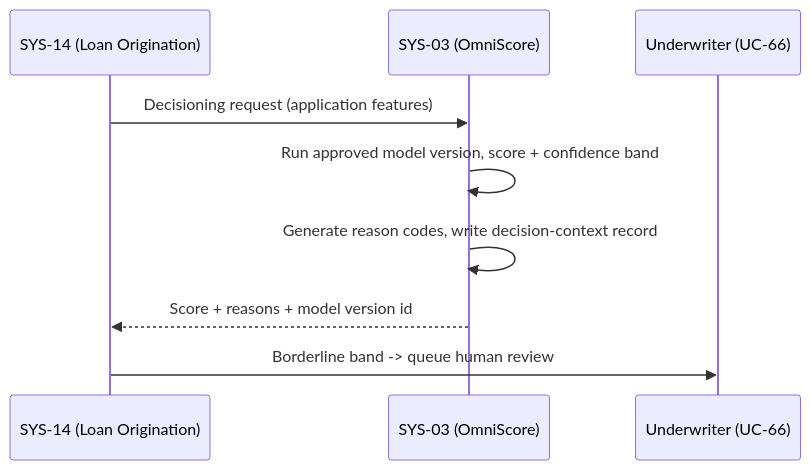
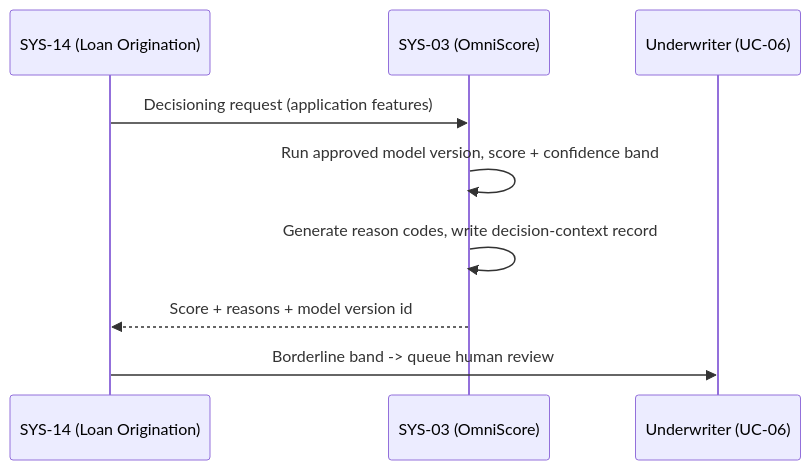
The fourth of 33 diagrams in 02_CASES/Case_03_OmniBank_Financial/03_PHASE3_DECOMPOSITION/annexes/B_Sequence_Diagrams.md (pauloribeiro16/Methodology_compact), drawn with Mermaid before and after one commit. The commit also changed other lines of this file and 23 other files, not shown here.

````diff
--- a/02_CASES/Case_03_OmniBank_Financial/03_PHASE3_DECOMPOSITION/annexes/B_Sequence_Diagrams.md
+++ b/02_CASES/Case_03_OmniBank_Financial/03_PHASE3_DECOMPOSITION/annexes/B_Sequence_Diagrams.md
@@ -74,11 +76,11 @@
 ```mermaid
 sequenceDiagram
     participant LO as SYS-14 (Loan Origination)
     participant AI as SYS-03 (OmniScore)
-    participant UW as Underwriter (UC-66)
+    participant UW as Underwriter (UC-06)
     LO->>AI: Decisioning request (application features)
     AI->>AI: Run approved model version, score + confidence band
     AI->>AI: Generate reason codes, write decision-context record
     AI-->>LO: Score + reasons + model version id
     LO->>UW: Borderline band -> queue human review
 ```
````
